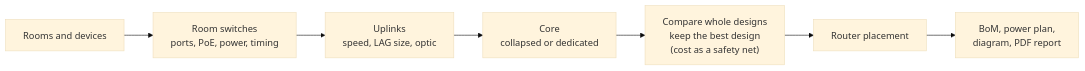
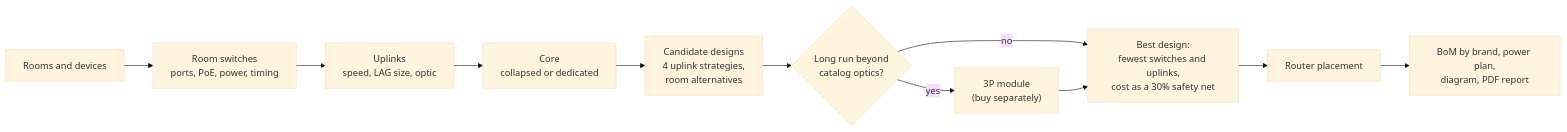
The diagram in README.md (MichaelDNTGR/ntgr-bom-public), drawn with Mermaid (base theme) before and after one commit. The commit also changed other lines of this file and 1 other file, not shown here.

Commit message:
Add a decision-making flowchart and refresh the overview diagrams
- New 'Decision making' section: hard rules, candidate designs, catalog
  vs third-party optics, design priority (best design / lowest cost),
  the 30% cost safety net, router placement and the brand-grouped BoM,
  plus a table of what decides between two valid designs
- Overview and README diagrams updated to match

````diff
--- a/README.md
+++ b/README.md
@@ -9,9 +9,13 @@
 ```mermaid
 flowchart LR
     A["Rooms and devices"] --> B["Room switches<br/>ports, PoE, power, timing"]
     B --> C["Uplinks<br/>speed, LAG size, optic"]
     C --> D["Core<br/>collapsed or dedicated"]
-    D --> E["Compare whole designs<br/>keep the best design<br/>(cost as a safety net)"]
-    E --> F["Router placement"]
-    F --> G["BoM, power plan,<br/>diagram, PDF report"]
+    D --> E["Candidate designs<br/>4 uplink strategies,<br/>room alternatives"]
+    E --> X{"Long run beyond<br/>catalog optics?"}
+    X -- "yes" --> Y["3P module<br/>(buy separately)"]
+    X -- "no" --> Z
+    Y --> Z["Best design:<br/>fewest switches and uplinks,<br/>cost as a 30% safety net"]
+    Z --> F["Router placement"]
+    F --> G["BoM by brand, power plan,<br/>diagram, PDF report"]
 ```
````
